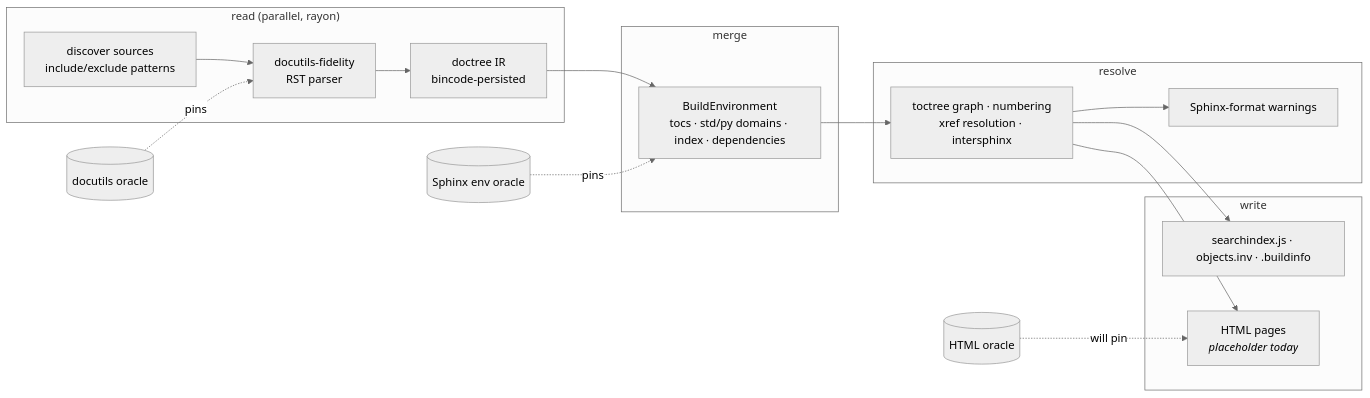
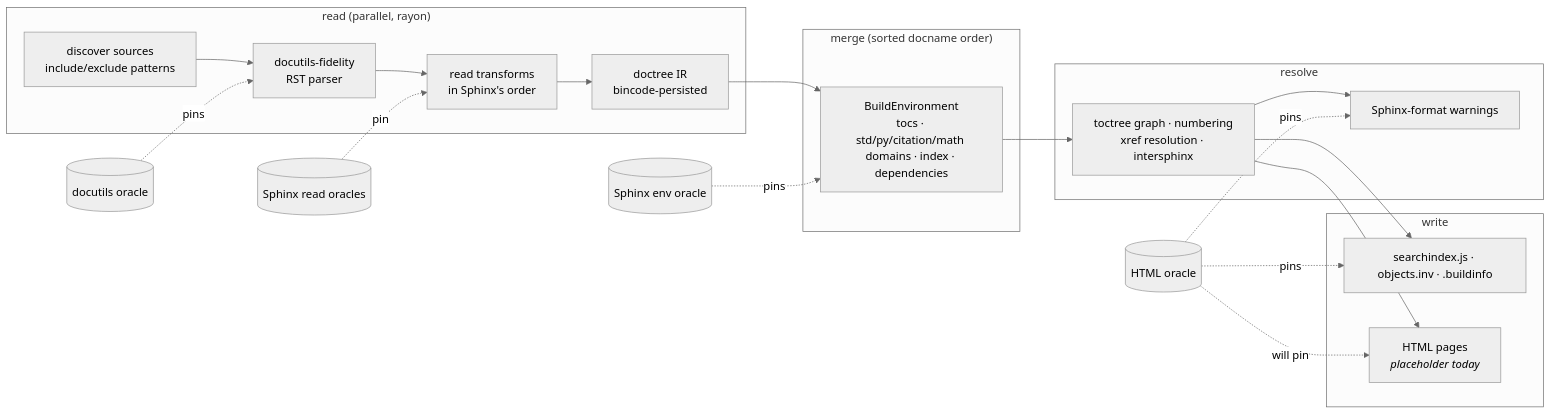
The diagram in README.md (salioglu/sphinx-ultra), drawn with Mermaid (neutral theme) before and after one commit. The commit also changed other lines of this file and 6 other files, not shown here.

````diff
--- a/README.md
+++ b/README.md
@@ -188,21 +200,25 @@
 ```mermaid
 flowchart LR
     subgraph read["read (parallel, rayon)"]
         A[discover sources<br/>include/exclude patterns] --> B[docutils-fidelity<br/>RST parser]
-        B --> C[doctree IR<br/>bincode-persisted]
+        B --> R[read transforms<br/>in Sphinx's order]
+        R --> C[doctree IR<br/>bincode-persisted]
     end
-    subgraph merge["merge"]
-        C --> D[BuildEnvironment<br/>tocs · std/py domains · index · dependencies]
+    subgraph merge["merge (sorted docname order)"]
+        C --> D[BuildEnvironment<br/>tocs · std/py/citation/math domains · index · dependencies]
     end
     subgraph resolve["resolve"]
         D --> E[toctree graph · numbering<br/>xref resolution · intersphinx]
         E --> F[Sphinx-format warnings]
     end
     subgraph write["write"]
         E --> G[searchindex.js · objects.inv · .buildinfo]
         E --> H[HTML pages<br/><i>placeholder today</i>]
     end
     O1[(docutils oracle)] -.pins.-> B
+    O4[(Sphinx read oracles)] -.pin.-> R
     O2[(Sphinx env oracle)] -.pins.-> D
-    O3[(HTML oracle)] -.will pin.-> H
+    O3[(HTML oracle)] -.pins.-> F
+    O3 -.pins.-> G
+    O3 -.will pin.-> H
 ```
````
